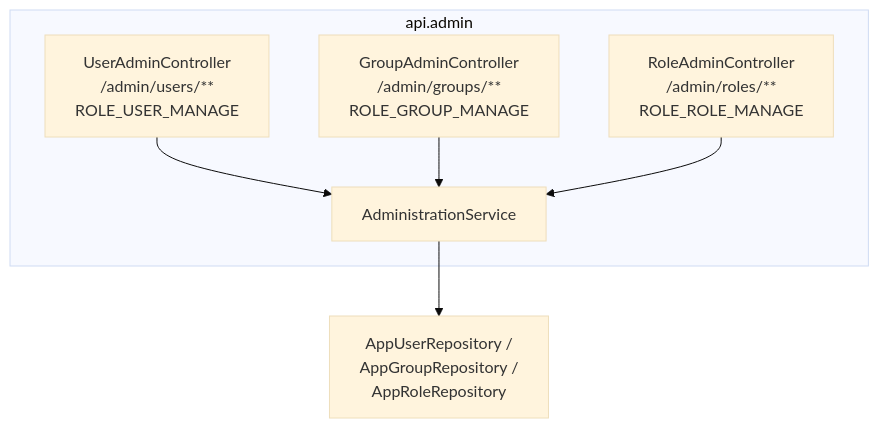
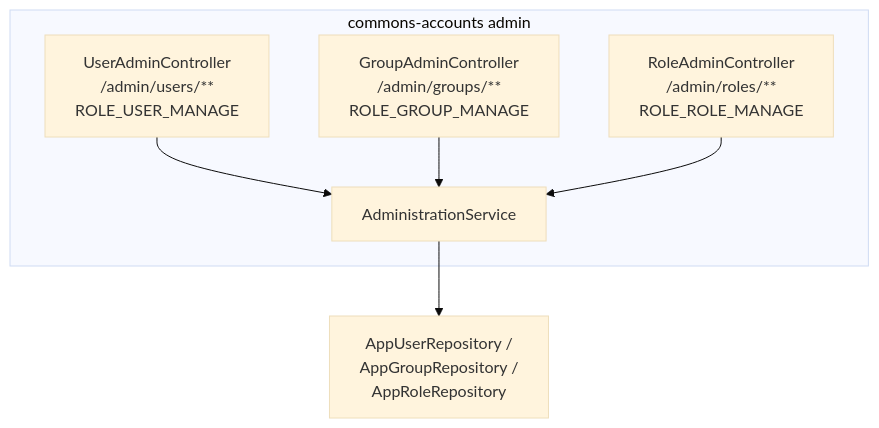
Before and after one commit to justin-tay/java-app-web-api-server-template: the second of 4 diagrams in docs/system-design/05-building-block-view.md, drawn with Mermaid (base theme). The commit also changed other lines of this file and 54 other files, not shown here.

Commit message:
feat: create commons-accounts

````diff
--- a/docs/system-design/05-building-block-view.md
+++ b/docs/system-design/05-building-block-view.md
@@ -81,13 +83,13 @@
 ```mermaid
 flowchart TB
-    subgraph adminApi ["api.admin"]
+    subgraph adminApi ["commons-accounts admin"]
         UserAdmin["UserAdminController\n/admin/users/**\nROLE_USER_MANAGE"]
         GroupAdmin["GroupAdminController\n/admin/groups/**\nROLE_GROUP_MANAGE"]
         RoleAdmin["RoleAdminController\n/admin/roles/**\nROLE_ROLE_MANAGE"]
         Service["AdministrationService"]
     end
     UserAdmin --> Service
     GroupAdmin --> Service
     RoleAdmin --> Service
     Service --> Repos["AppUserRepository /\nAppGroupRepository /\nAppRoleRepository"]
 ```
````
